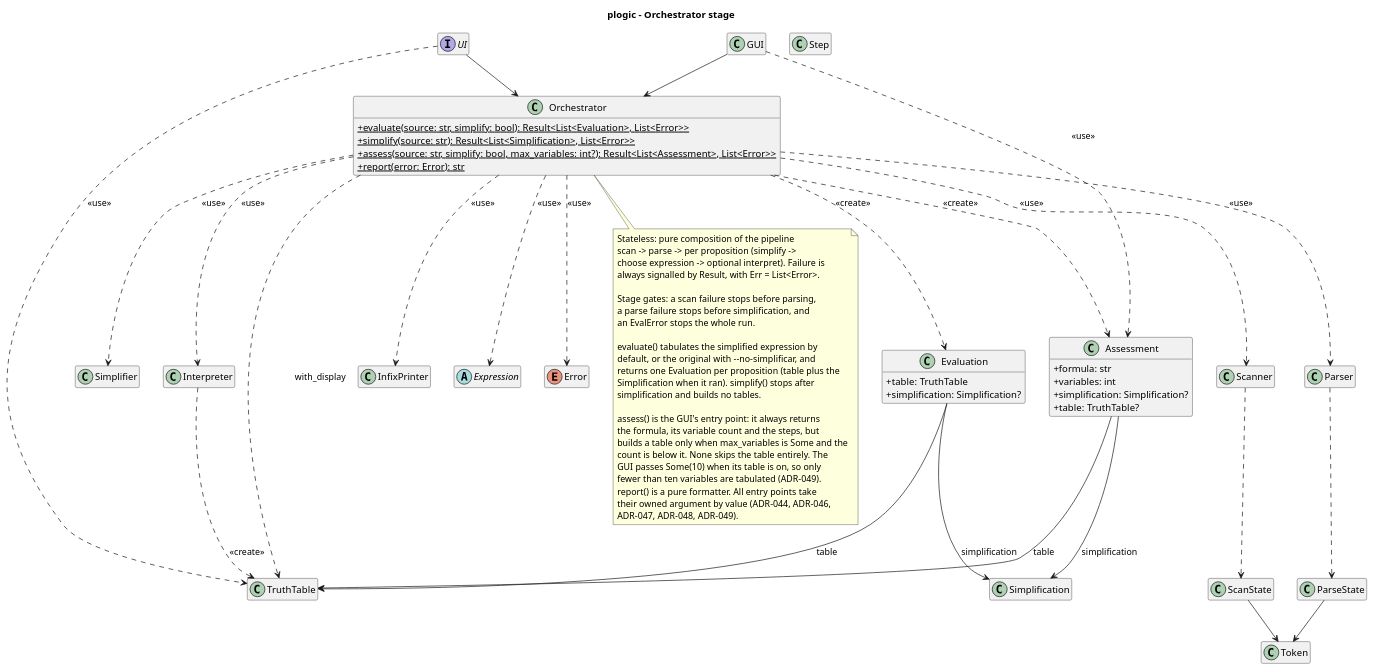
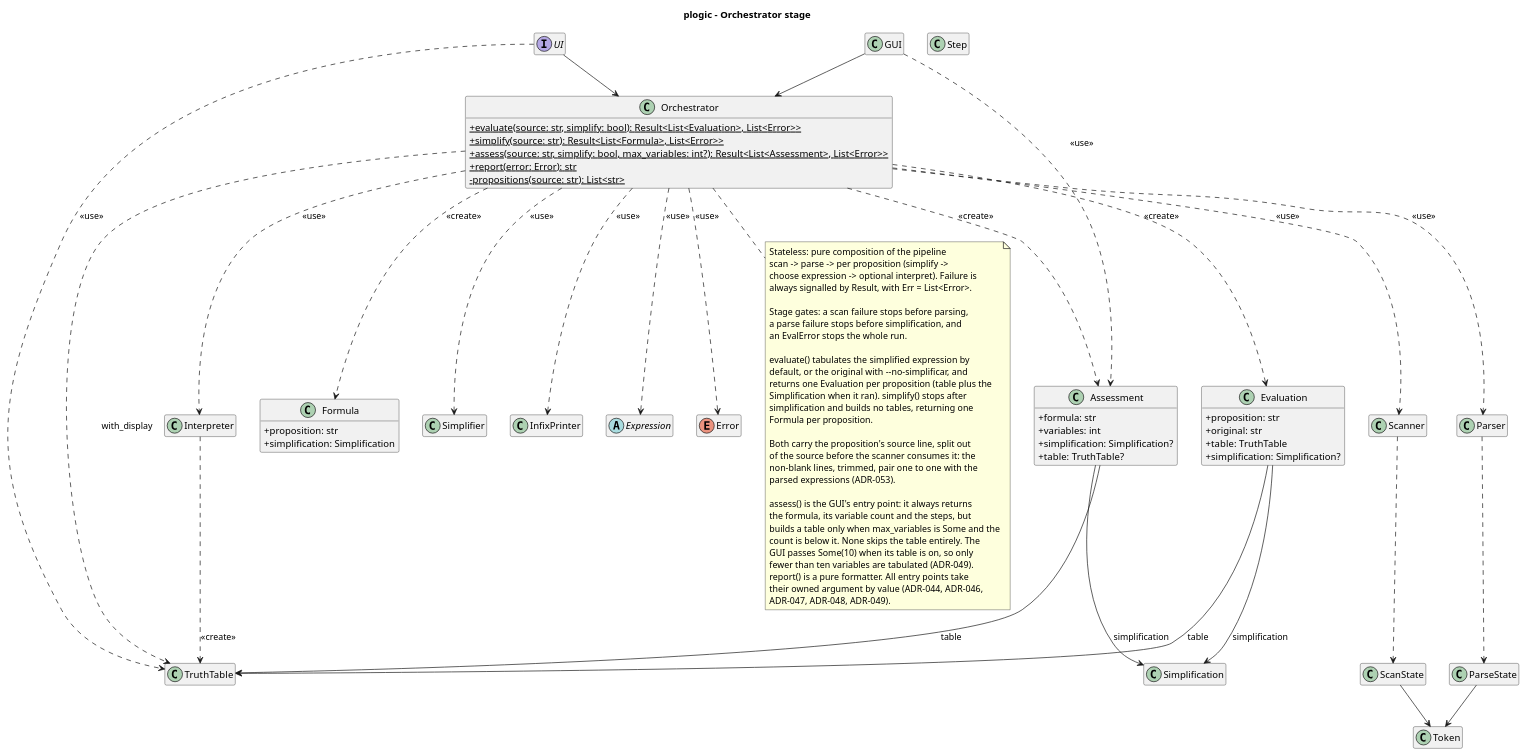
Before and after one commit to Josgtg/plogic: the diagram in design/diagrams/orchestrator_class.puml, drawn with PlantUML. The commit also changed 5 other files, not shown here.

```diff
--- a/design/diagrams/orchestrator_class.puml
+++ b/design/diagrams/orchestrator_class.puml
@@ -1,101 +1,116 @@
 @startuml orchestrator_class
 title plogic - Orchestrator stage
 
 skinparam classAttributeIconSize 0
 hide empty members
 
 interface UI {
 }
 
 class GUI {
 }
 
 class Orchestrator {
   +{static} evaluate(source: str, simplify: bool): Result<List<Evaluation>, List<Error>>
-  +{static} simplify(source: str): Result<List<Simplification>, List<Error>>
+  +{static} simplify(source: str): Result<List<Formula>, List<Error>>
   +{static} assess(source: str, simplify: bool, max_variables: int?): Result<List<Assessment>, List<Error>>
   +{static} report(error: Error): str
+  -{static} propositions(source: str): List<str>
 }
 
 class Evaluation {
+  +proposition: str
+  +original: str
   +table: TruthTable
   +simplification: Simplification?
+}
+
+class Formula {
+  +proposition: str
+  +simplification: Simplification
 }
 
 class Assessment {
   +formula: str
   +variables: int
   +simplification: Simplification?
   +table: TruthTable?
 }
 
 class Token
 
 class Scanner
 class Parser
 class ScanState
 class ParseState
 class Simplifier
 class Simplification
 class Step
 class Interpreter
 class TruthTable
 class InfixPrinter
 abstract class Expression
 enum Error
 
 note bottom of Orchestrator
   Stateless: pure composition of the pipeline
   scan -> parse -> per proposition (simplify ->
   choose expression -> optional interpret). Failure is
   always signalled by Result, with Err = List<Error>.
 
   Stage gates: a scan failure stops before parsing,
   a parse failure stops before simplification, and
   an EvalError stops the whole run.
 
   evaluate() tabulates the simplified expression by
   default, or the original with --no-simplificar, and
   returns one Evaluation per proposition (table plus the
   Simplification when it ran). simplify() stops after
-  simplification and builds no tables.
+  simplification and builds no tables, returning one
+  Formula per proposition.
+
+  Both carry the proposition's source line, split out
+  of the source before the scanner consumes it: the
+  non-blank lines, trimmed, pair one to one with the
+  parsed expressions (ADR-053).
 
   assess() is the GUI's entry point: it always returns
   the formula, its variable count and the steps, but
   builds a table only when max_variables is Some and the
   count is below it. None skips the table entirely. The
   GUI passes Some(10) when its table is on, so only
   fewer than ten variables are tabulated (ADR-049).
   report() is a pure formatter. All entry points take
   their owned argument by value (ADR-044, ADR-046,
   ADR-047, ADR-048, ADR-049).
 end note
 
 UI --> Orchestrator
 GUI --> Orchestrator
 
 Orchestrator ..> Scanner : <<use>>
 Orchestrator ..> Parser : <<use>>
 Orchestrator ..> Simplifier : <<use>>
 Orchestrator ..> Interpreter : <<use>>
 Orchestrator ..> TruthTable : with_display
 Orchestrator ..> Evaluation : <<create>>
+Orchestrator ..> Formula : <<create>>
 Orchestrator ..> Assessment : <<create>>
 Orchestrator ..> InfixPrinter : <<use>>
 Orchestrator ..> Expression : <<use>>
 Orchestrator ..> Error : <<use>>
 
 Evaluation --> TruthTable : table
 Evaluation --> Simplification : simplification
 Assessment --> TruthTable : table
 Assessment --> Simplification : simplification
 
 Scanner ..> ScanState
 Parser ..> ParseState
 ScanState --> Token
 ParseState --> Token
 Interpreter ..> TruthTable : <<create>>
 UI ..> TruthTable : <<use>>
 GUI ..> Assessment : <<use>>
 
 @enduml
```
